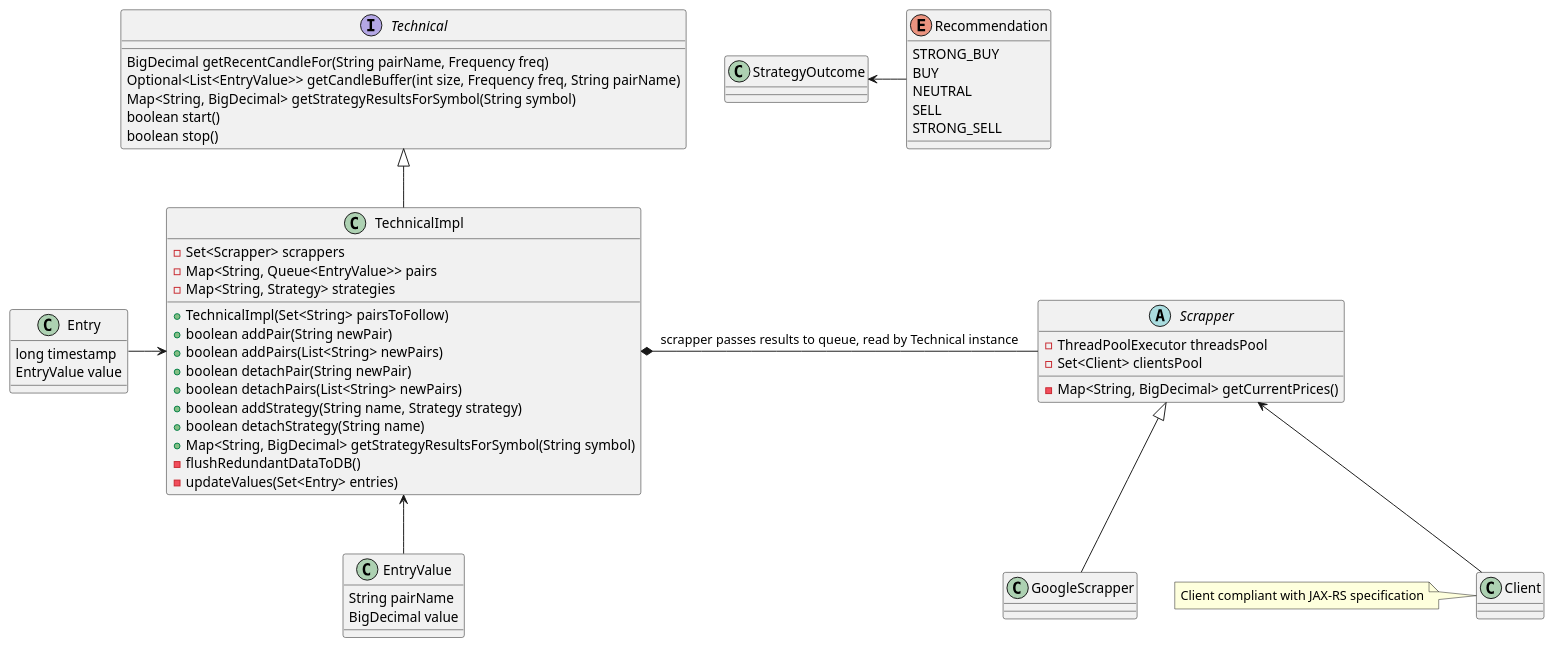
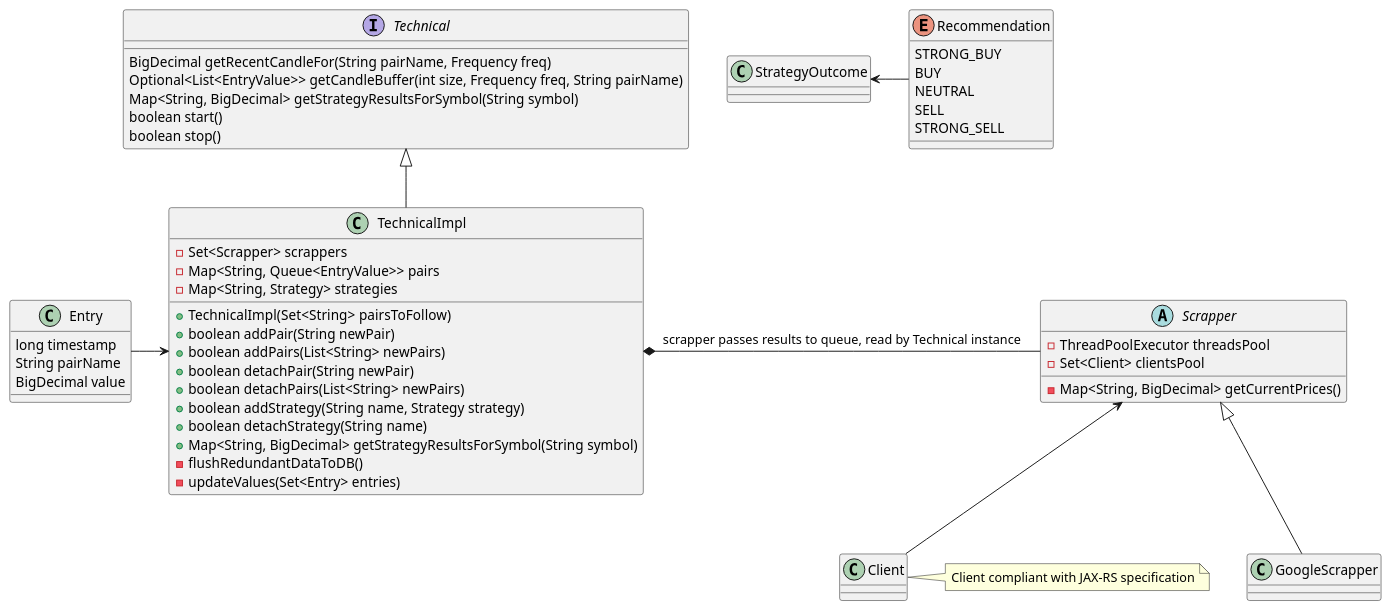
Before and after one commit to R-tooR/tradebot-game-concept: the diagram in components-details/Technical.puml, drawn with PlantUML.

Commit message:
Tailor technical so it is more practical

```diff
--- a/components-details/Technical.puml
+++ b/components-details/Technical.puml
@@ -1,100 +1,95 @@
 @startuml
 'https://plantuml.com/class-diagram
 
 'abstract class AbstractList
 'abstract AbstractCollection
 'interface List
 'interface Collection
 '
 'List <|-- AbstractList
 'Collection <|-- AbstractCollection
 '
 'Collection <|- List
 'AbstractCollection <|- AbstractList
 'AbstractList <|-- ArrayList
 '
 'class ArrayList {
 'Object[] elementData
 'size()
 '}
 '
 'enum TimeUnit {
 'DAYS
 'HOURS
 'MINUTES
 '}
 
 interface Technical {
   BigDecimal getRecentCandleFor(String pairName, Frequency freq)
   Optional<List<EntryValue>> getCandleBuffer(int size, Frequency freq, String pairName)
   Map<String, BigDecimal> getStrategyResultsForSymbol(String symbol)
   boolean start()
   boolean stop()
 }
 
 Technical <|-- TechnicalImpl
 
 class TechnicalImpl {
 - Set<Scrapper> scrappers
 - Map<String, Queue<EntryValue>> pairs
 - Map<String, Strategy> strategies
 
 'rozważ zrobienie czegoś w stylu time-series DB - warto rozważyć np. InfluxDB
 + TechnicalImpl(Set<String> pairsToFollow)
 + boolean addPair(String newPair)
 + boolean addPairs(List<String> newPairs)
 + boolean detachPair(String newPair)
 + boolean detachPairs(List<String> newPairs)
 + boolean addStrategy(String name, Strategy strategy)
 + boolean detachStrategy(String name)
 + Map<String, BigDecimal> getStrategyResultsForSymbol(String symbol)
 ' żeby nie kisić nadmiaru danych w pamięci JVM, można ich nadmiar wyrzucić do bazy danych
 ' jest javowy klient InfluxDB który pozwlala na zapisywanie do bazy okresowo
 - flushRedundantDataToDB()
 - updateValues(Set<Entry> entries)
 
 }
 
 class Entry {
     long timestamp
-    EntryValue value
-}
-
-class EntryValue {
     String pairName
     BigDecimal value
 }
 
 TechnicalImpl *- Scrapper : scrapper passes results to queue, read by Technical instance
-TechnicalImpl <-- EntryValue
 'TechnicalImpl <-- StrategyOutcome
 StrategyOutcome <- Recommendation
 Entry -> TechnicalImpl
 Scrapper <-- Client
 note left
 Client compliant with JAX-RS specification
 end note
 
 abstract class Scrapper {
     - ThreadPoolExecutor threadsPool
     - Set<Client> clientsPool
 
     - Map<String, BigDecimal> getCurrentPrices()
 }
 
 class GoogleScrapper extends Scrapper {
 }
 
 'class StrategyOutcome {
 '    BigDecimal result
 '    Recommendation recommendation
 '}
 
 enum Recommendation {
 STRONG_BUY
 BUY
 NEUTRAL
 SELL
 STRONG_SELL
 }
 @enduml
```
